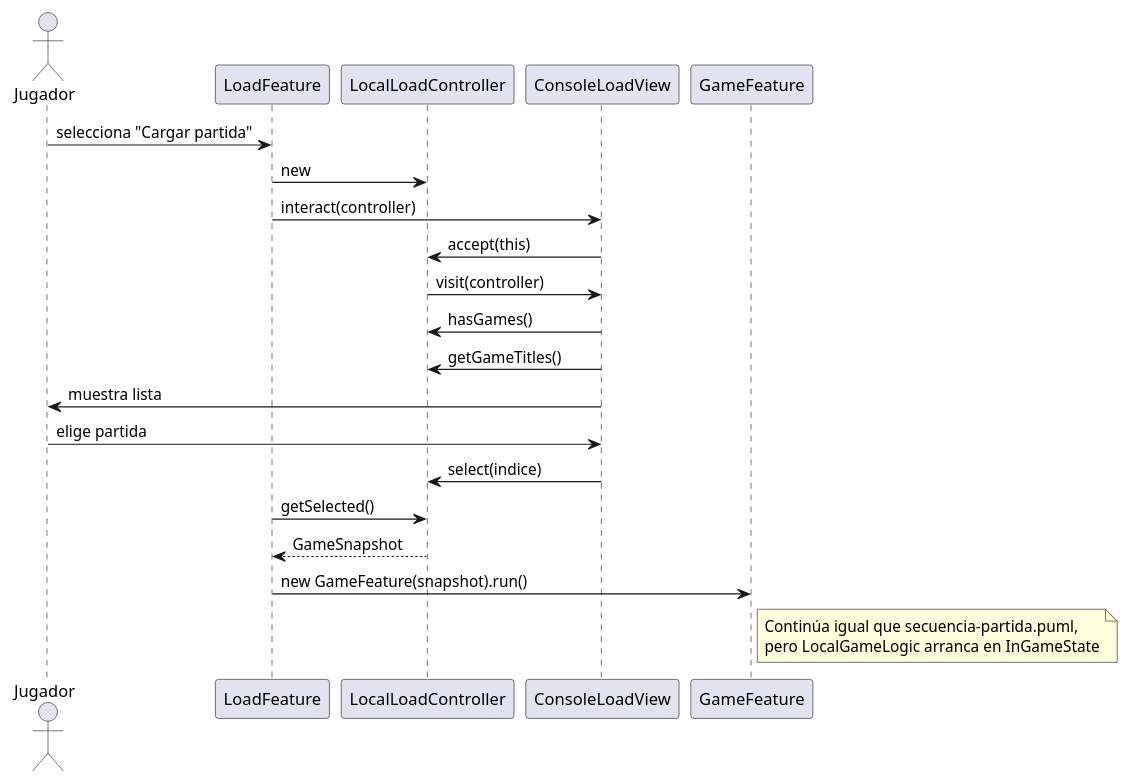
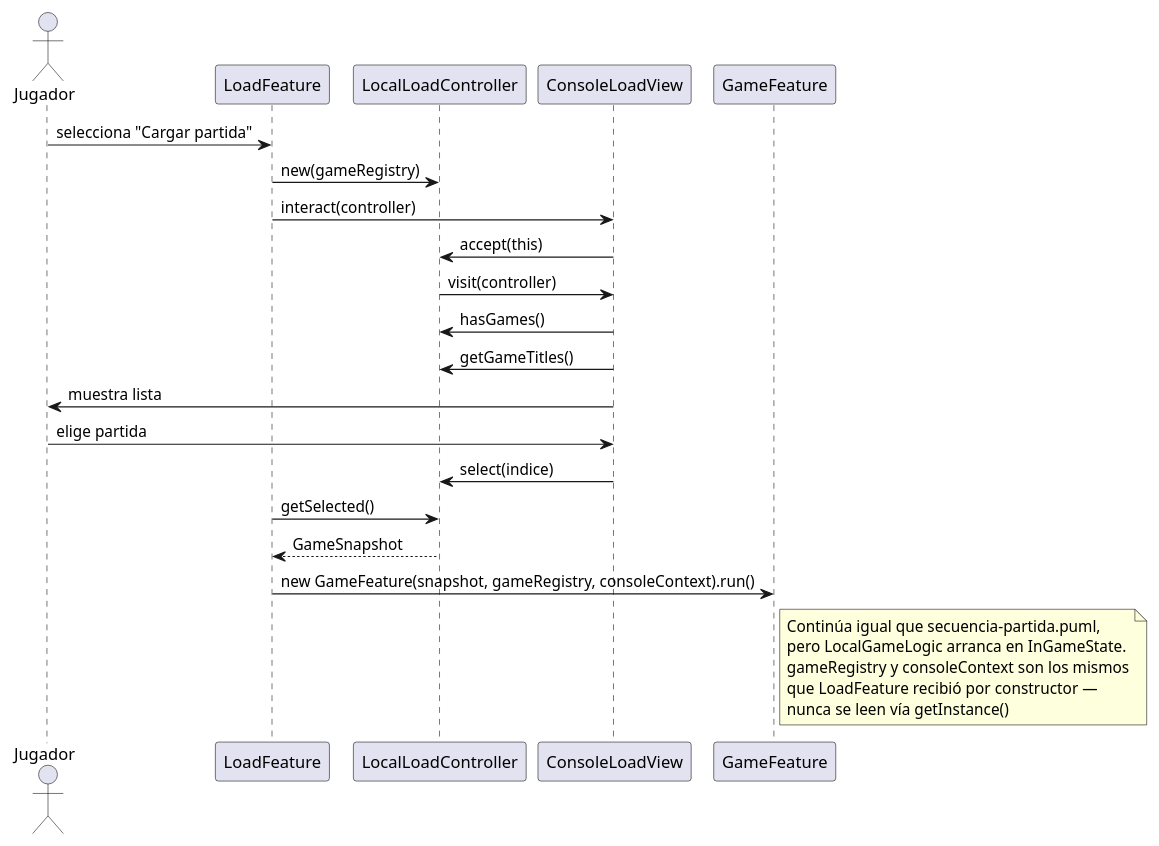
One commit to pcarroza/tictactoe-java changed the diagram in docs/4+1views/escenarios/secuencia-persistencia.puml. Above: the diagram before and after it, drawn with PlantUML. The commit also changed 16 other files, not shown here.

```diff
--- a/docs/4+1views/escenarios/secuencia-persistencia.puml
+++ b/docs/4+1views/escenarios/secuencia-persistencia.puml
@@ -1,25 +1,28 @@
 @startuml secuencia-persistencia
 actor Jugador
 participant LoadFeature
 participant LocalLoadController
 participant ConsoleLoadView
 participant GameFeature
 
 Jugador -> LoadFeature : selecciona "Cargar partida"
-LoadFeature -> LocalLoadController : new
+LoadFeature -> LocalLoadController : new(gameRegistry)
 LoadFeature -> ConsoleLoadView : interact(controller)
 ConsoleLoadView -> LocalLoadController : accept(this)
 LocalLoadController -> ConsoleLoadView : visit(controller)
 ConsoleLoadView -> LocalLoadController : hasGames()
 ConsoleLoadView -> LocalLoadController : getGameTitles()
 ConsoleLoadView -> Jugador : muestra lista
 Jugador -> ConsoleLoadView : elige partida
 ConsoleLoadView -> LocalLoadController : select(indice)
 LoadFeature -> LocalLoadController : getSelected()
 LocalLoadController --> LoadFeature : GameSnapshot
-LoadFeature -> GameFeature : new GameFeature(snapshot).run()
+LoadFeature -> GameFeature : new GameFeature(snapshot, gameRegistry, consoleContext).run()
 note right of GameFeature
   Continúa igual que secuencia-partida.puml,
-  pero LocalGameLogic arranca en InGameState
+  pero LocalGameLogic arranca en InGameState.
+  gameRegistry y consoleContext son los mismos
+  que LoadFeature recibió por constructor —
+  nunca se leen vía getInstance()
 end note
 @enduml
```
